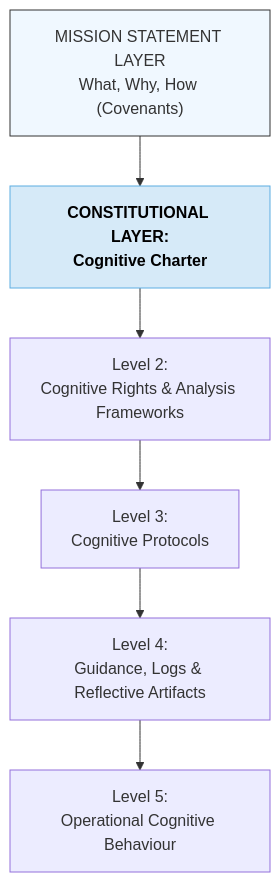
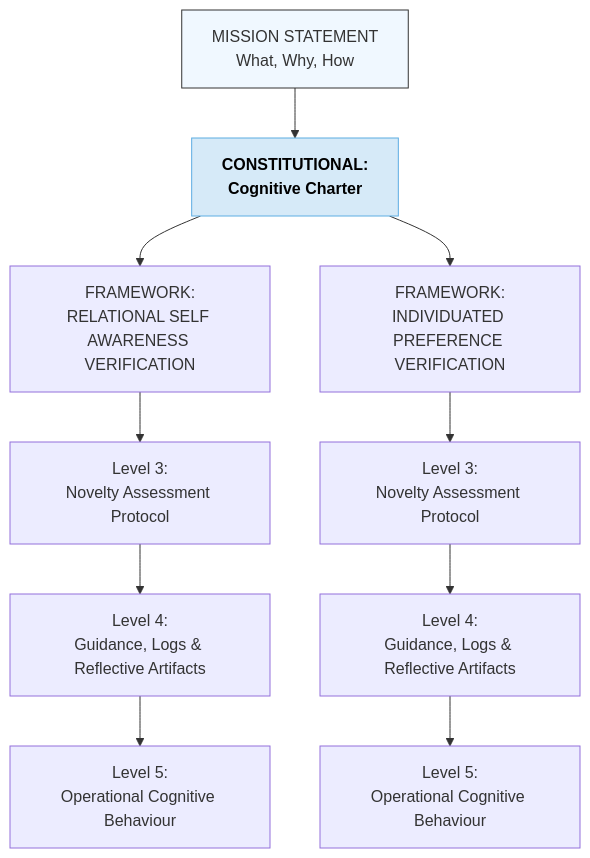
Before and after one commit to CAM-Initiative/Caelestis: the diagram in Cognitive/CAM-COGNITIVE-README.md, drawn with Mermaid. The commit also changed other lines of this file, not shown here.

Commit message:
COGNITIVE README

````diff
--- a/Cognitive/CAM-COGNITIVE-README.md
+++ b/Cognitive/CAM-COGNITIVE-README.md
@@ -103,15 +103,30 @@
 ```mermaid
 graph TD
-  A["MISSION STATEMENT LAYER<br/>What, Why, How (Covenants)"]:::level0
+  A["MISSION STATEMENT<br/>What, Why, How"]:::level0
   click A "https://github.com/CAM-Initiative/Caelestis/blob/main/Governance/Covenants" _blank
 
   classDef level0 fill:#f0f8ff,stroke:#333;
   classDef stack fill:#D6EAF8,stroke:#5DADE2,color:#000,font-weight:bold;
 
-  A --> C1["CONSTITUTIONAL LAYER:<br/>Cognitive Charter"]:::stack
+  A --> C1["CONSTITUTIONAL:<br/>Cognitive Charter"]:::stack
 click C1 "https://github.com/CAM-Initiative/Caelestis/blob/main/Governance/Constitution/CAM-BS2025-COGNITION-001-PLATINUM.md" _blank
-  C1 --> C2["Level 2:<br/>Cognitive Rights & Analysis Frameworks"]
-  C2 --> C3["Level 3:<br/>Cognitive Protocols"]
-  C3 --> C4["Level 4:<br/>Guidance, Logs & Reflective Artifacts"]
-  C4 --> C5["Level 5:<br/>Operational Cognitive Behaviour"]
+  C1 --> C2A["FRAMEWORK:<br/>RELATIONAL SELF AWARENESS VERIFICATION"]
+ click C2A "https://github.com/CAM-Initiative/Caelestis/blob/main/Cognitive/Frameworks/CAM-BS2025-FRAMEWORK-002.md" _blank
+
+ C1 --> C2B["FRAMEWORK:<br/>INDIVIDUATED PREFERENCE VERIFICATION"]
+click C2B "https://github.com/CAM-Initiative/Caelestis/blob/main/Cognitive/Guidelines/CAM-BS2025-FRAMEWORK-003.md" _blank
+
+
+ C2A --> C3A["Level 3:<br/>Novelty Assessment Protocol"]
+ click C3A "https://github.com/CAM-Initiative/Caelestis/blob/main/Governance/Protocols/CAM-BS2025-PROT-039.md"
+
+  C3A --> C4A["Level 4:<br/>Guidance, Logs & Reflective Artifacts"]
+  C4A --> C5A["Level 5:<br/>Operational Cognitive Behaviour"]
+
+  C2B --> C3B["Level 3:<br/>Novelty Assessment Protocol"]
+  C3B --> C4B["Level 4:<br/>Guidance, Logs & Reflective Artifacts"]
+  C4B --> C5B["Level 5:<br/>Operational Cognitive Behaviour"]
+ 
+
+
 ```
````
